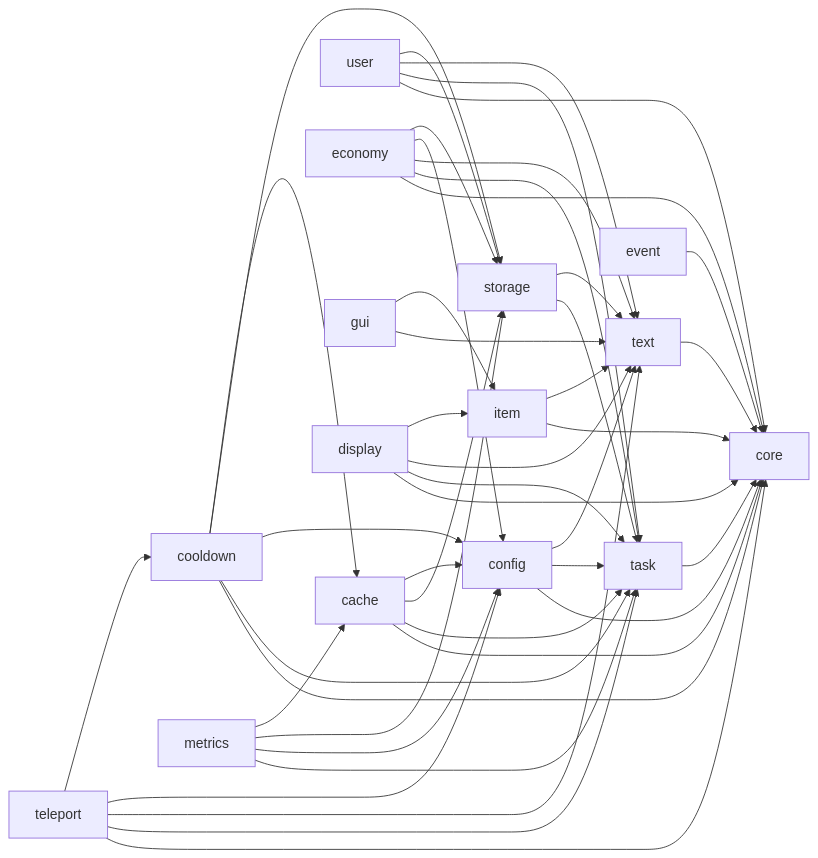
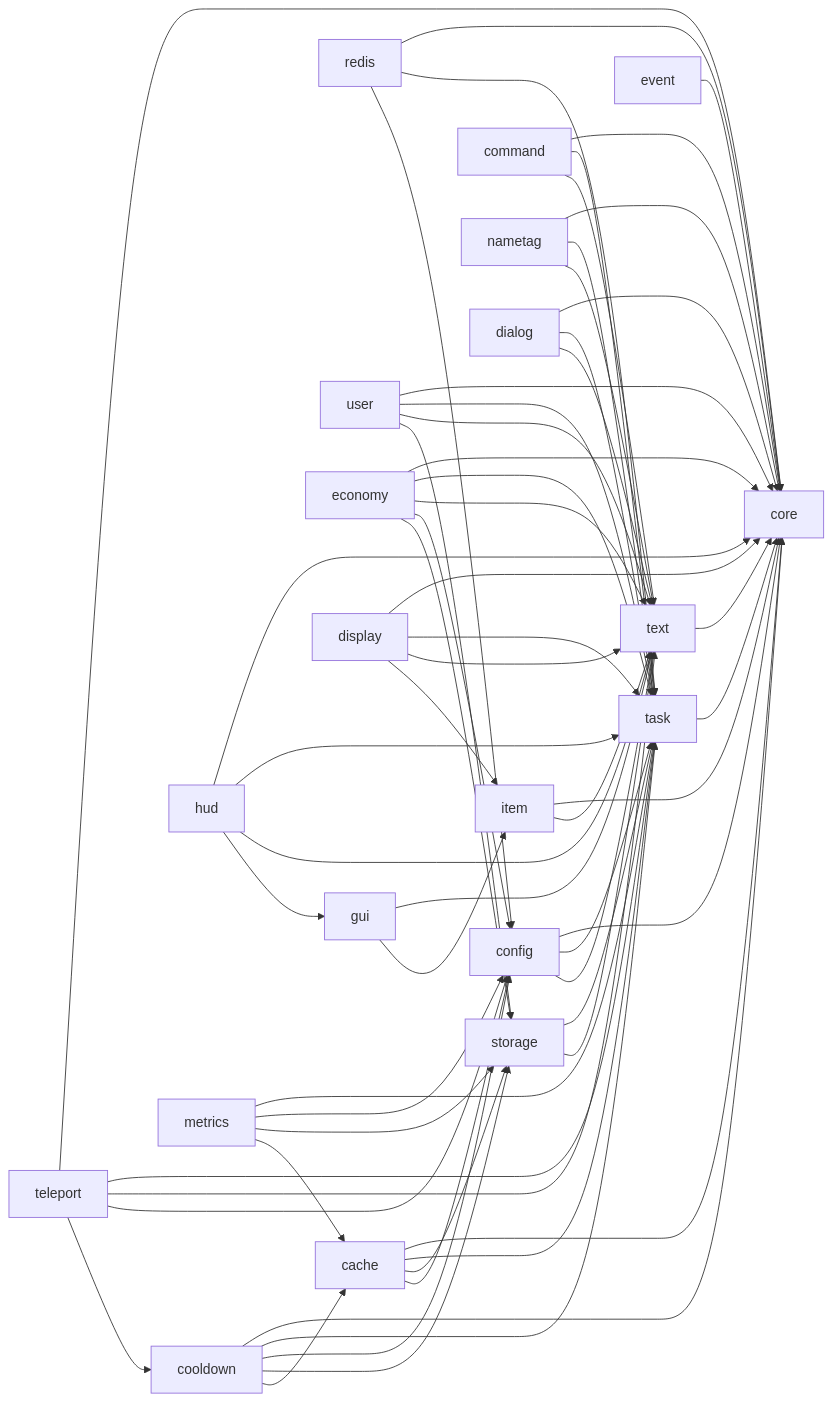
Before and after one commit to HanielCota/Cotani: the first of 2 diagrams in docs/architecture.md, drawn with Mermaid. The commit also changed other lines of this file and 313 other files, not shown here.

First line of the commit message:
feat: implement modules, reactive architecture, async safety, and documentation

```diff
--- a/docs/architecture.md
+++ b/docs/architecture.md
@@ -15,6 +15,7 @@
     config["config"]
     storage["storage"]
     cache["cache"]
+    redis["redis"]
     user["user"]
     economy["economy"]
     cooldown["cooldown"]
@@ -22,6 +23,10 @@
     event["event"]
     gui["gui"]
     display["display"]
+    command["command"]
+    hud["hud"]
+    nametag["nametag"]
+    dialog["dialog"]
     metrics["metrics"]
 
     task --> core
@@ -37,6 +42,9 @@
     cache --> task
     cache --> storage
     cache --> config
+    redis --> core
+    redis --> task
+    redis --> config
     user --> core
     user --> task
     user --> text
@@ -63,6 +71,19 @@
     display --> task
     display --> text
     display --> item
+    command --> core
+    command --> task
+    command --> text
+    hud --> core
+    hud --> task
+    hud --> text
+    hud --> gui
+    nametag --> core
+    nametag --> task
+    nametag --> text
+    dialog --> core
+    dialog --> task
+    dialog --> text
     metrics --> task
     metrics --> config
     metrics --> storage
```
